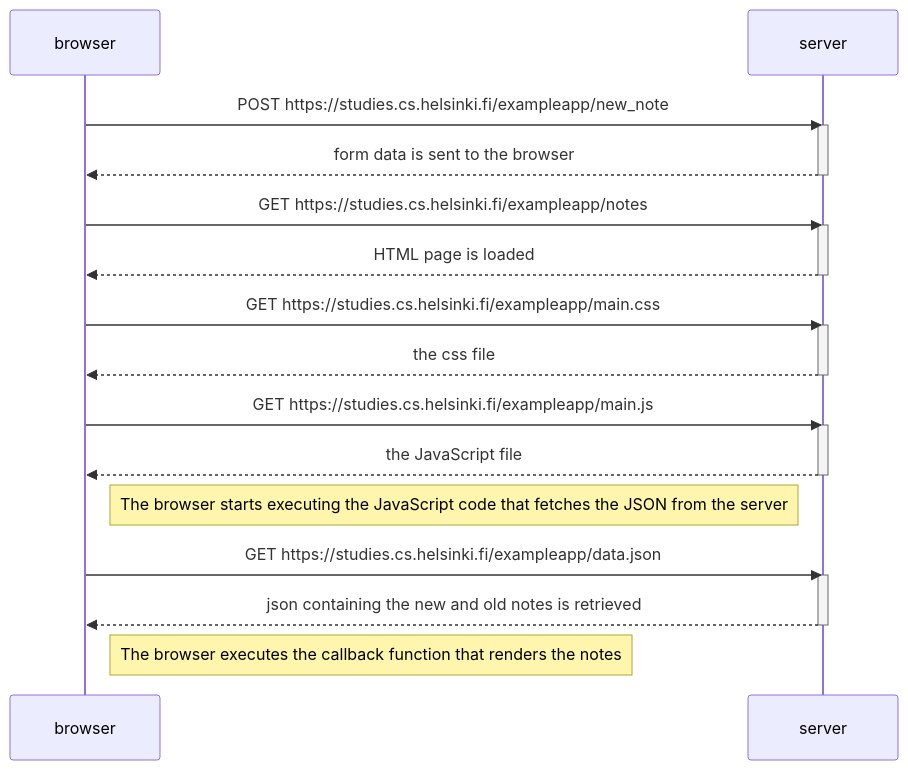
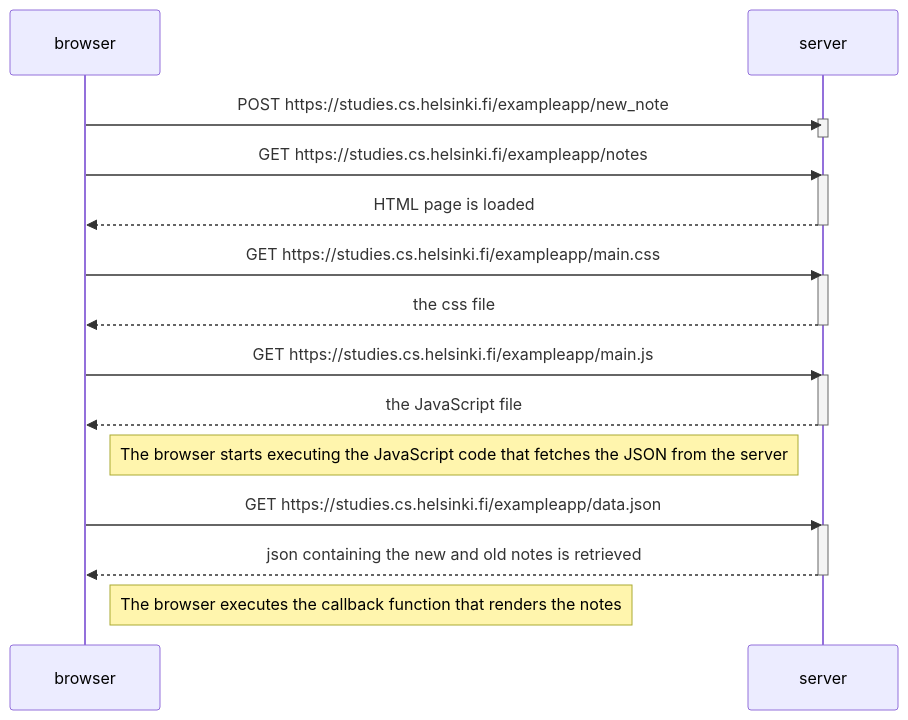
Before and after one commit to AlessandraBombino/part0: the diagram in note_diagram04.md, drawn with Mermaid.

````diff
--- a/note_diagram04.md
+++ b/note_diagram04.md
@@ -2,34 +2,33 @@
 ```mermaid
 sequenceDiagram
     participant browser
     participant server
 
     browser->>server: POST https://studies.cs.helsinki.fi/exampleapp/new_note
     activate server
-    server-->>browser: form data is sent to the browser
     deactivate server
 
     browser->>server: GET https://studies.cs.helsinki.fi/exampleapp/notes
     activate server
     server-->>browser: HTML page is loaded
     deactivate server
 
     browser->>server: GET https://studies.cs.helsinki.fi/exampleapp/main.css
     activate server
     server-->>browser: the css file
     deactivate server
 
     browser->>server: GET https://studies.cs.helsinki.fi/exampleapp/main.js
     activate server
     server-->>browser: the JavaScript file
     deactivate server
 
     Note right of browser: The browser starts executing the JavaScript code that fetches the JSON from the server
 
     browser->>server: GET https://studies.cs.helsinki.fi/exampleapp/data.json
     activate server
     server-->>browser: json containing the new and old notes is retrieved
     deactivate server
 
     Note right of browser: The browser executes the callback function that renders the notes
 ```
````
